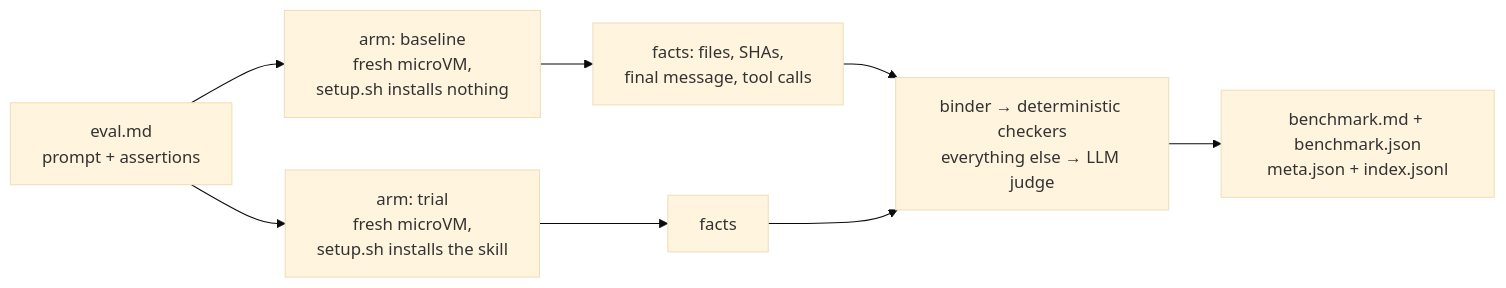
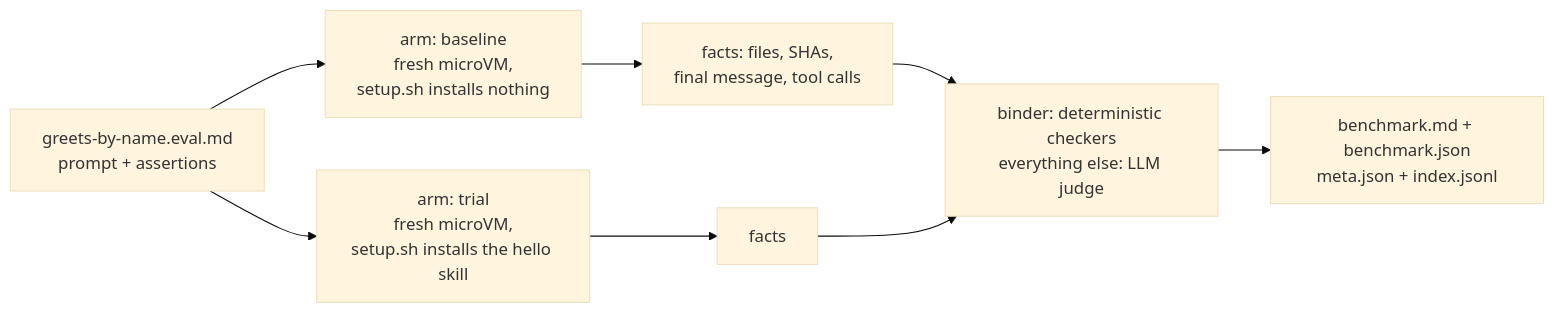
One commit to theycallmeswift/benchspec changed the diagram in README.md. Above: the diagram before and after it, drawn with Mermaid (base theme). The commit also changed other lines of this file and 12 other files, not shown here.

````diff
--- a/README.md
+++ b/README.md
@@ -80,10 +97,10 @@
 ```mermaid
 flowchart LR
-    E["eval.md<br/>prompt + assertions"] --> A1["arm: baseline<br/>fresh microVM,<br/>setup.sh installs nothing"]
-    E --> A2["arm: trial<br/>fresh microVM,<br/>setup.sh installs the skill"]
+    E["greets-by-name.eval.md<br/>prompt + assertions"] --> A1["arm: baseline<br/>fresh microVM,<br/>setup.sh installs nothing"]
+    E --> A2["arm: trial<br/>fresh microVM,<br/>setup.sh installs the hello skill"]
     A1 --> F1["facts: files, SHAs,<br/>final message, tool calls"]
     A2 --> F2["facts"]
-    F1 --> G["binder → deterministic checkers<br/>everything else → LLM judge"]
+    F1 --> G["binder: deterministic checkers<br/>everything else: LLM judge"]
     F2 --> G
     G --> R["benchmark.md + benchmark.json<br/>meta.json + index.jsonl"]
 ```
````
